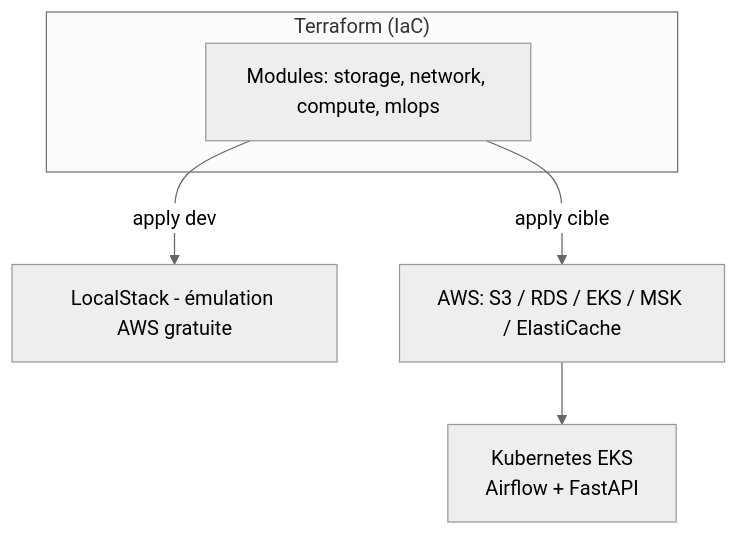
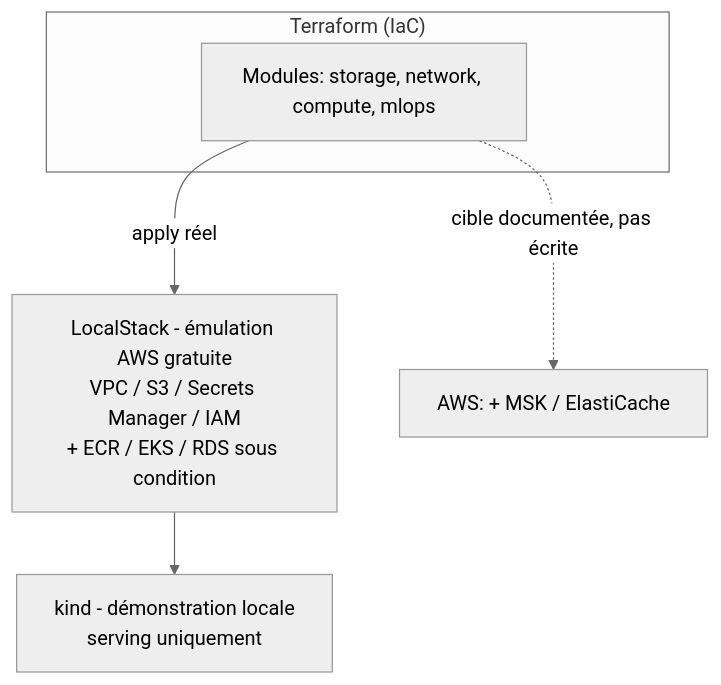
Before and after one commit to VigiRoute/gravia: the fourth of 4 diagrams in docs/Architecture_GRAVIA.md, drawn with Mermaid (neutral theme). The commit also changed other lines of this file and 7 other files, not shown here.

````diff
--- a/docs/Architecture_GRAVIA.md
+++ b/docs/Architecture_GRAVIA.md
@@ -274,9 +277,9 @@
 ```mermaid
 flowchart TB
     subgraph "Terraform (IaC)"
         TF[Modules: storage, network, compute, mlops]
     end
-    TF -->|apply dev| LS[LocalStack - émulation AWS gratuite]
-    TF -->|apply cible| AWS[AWS: S3 / RDS / EKS / MSK / ElastiCache]
-    AWS --> K8S[Kubernetes EKS\nAirflow + FastAPI]
+    TF -->|apply réel| LS[LocalStack - émulation AWS gratuite\nVPC / S3 / Secrets Manager / IAM\n+ ECR / EKS / RDS sous condition]
+    TF -.cible documentée, pas écrite.-> AWS[AWS: + MSK / ElastiCache]
+    LS --> K8S[kind - démonstration locale\nserving uniquement]
 ```
````
